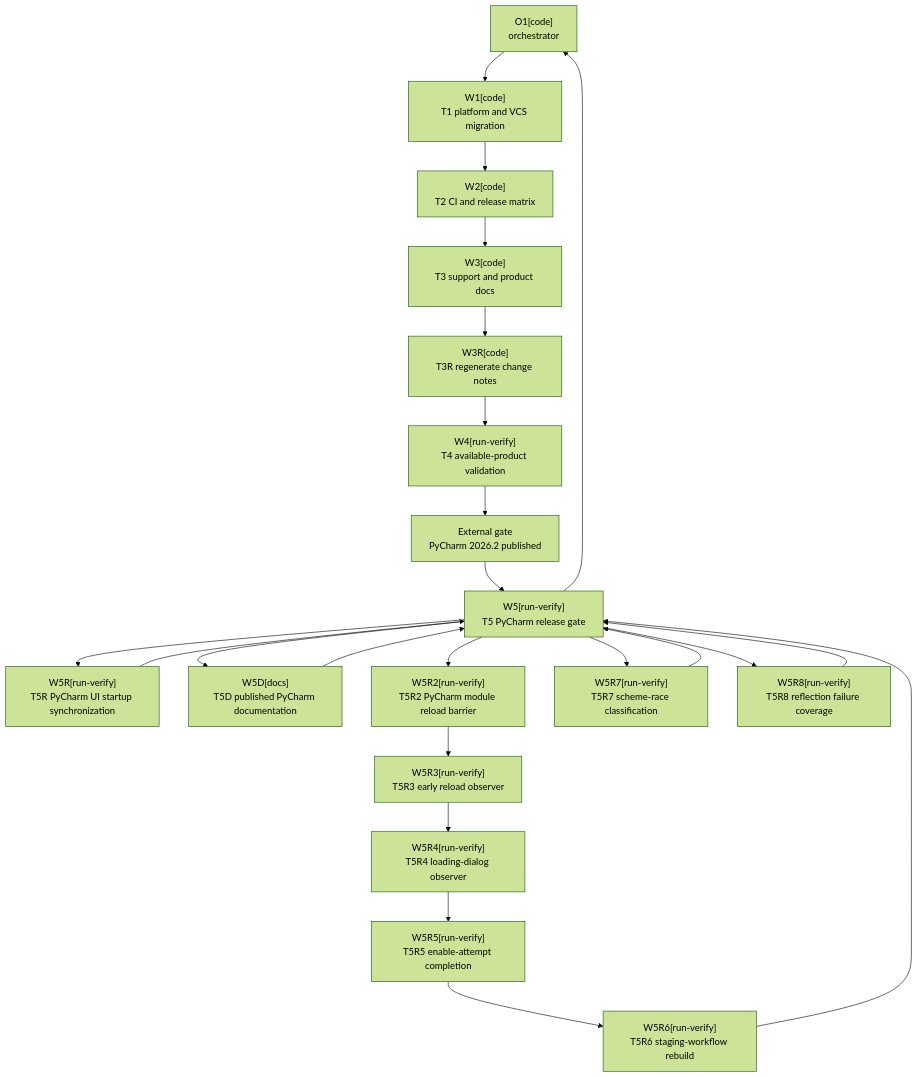
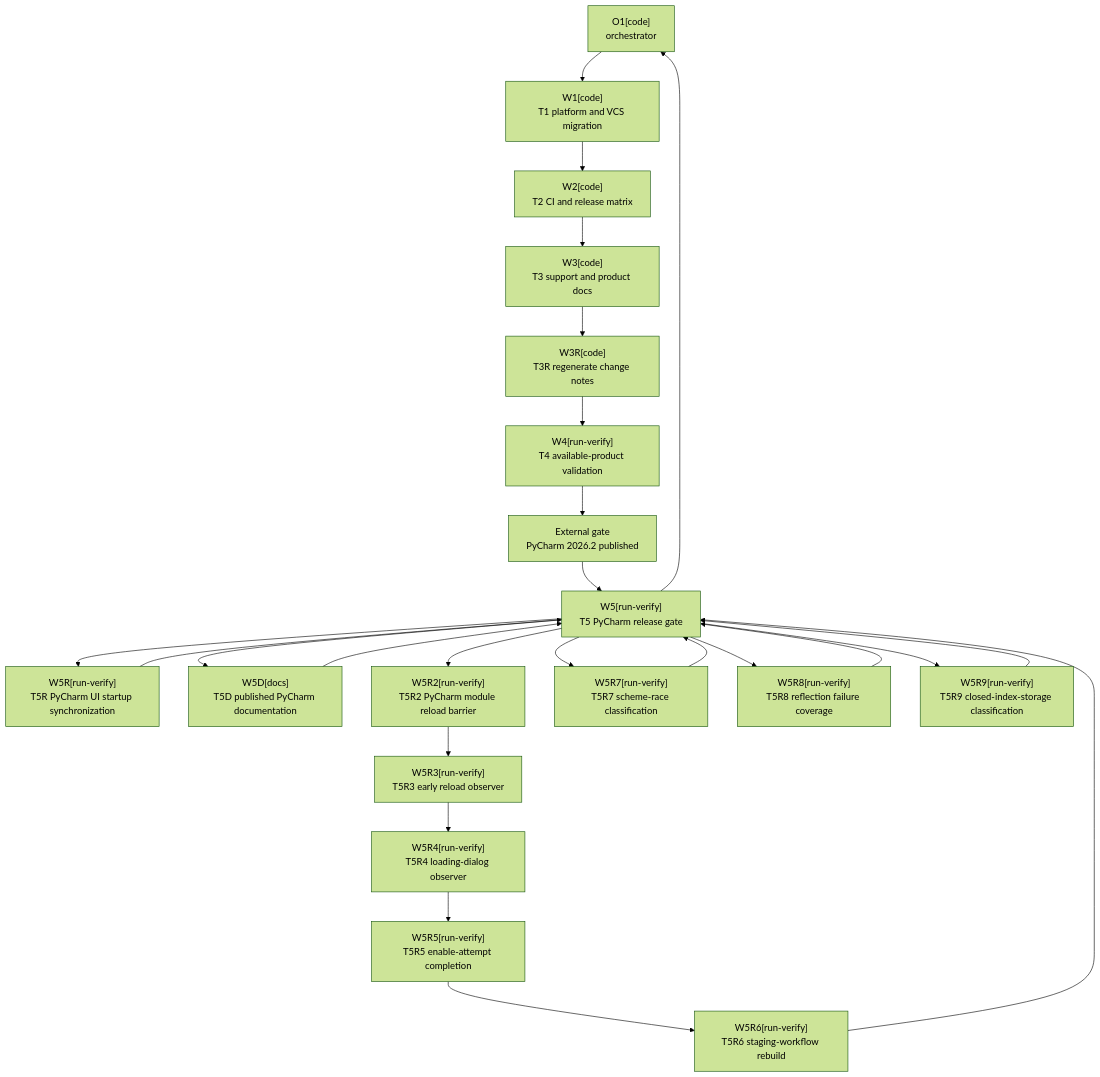
The diagram in .agents/plans/PLAN-intellij-2026-2-sdk-upgrade.md (kamkie/intellij-ai-commit-all-plugin), drawn with Mermaid (forest theme) before and after one commit. The commit also changed other lines of this file, not shown here.

First line of the commit message:
docs(plan): add closed-index remediation

````diff
--- a/.agents/plans/PLAN-intellij-2026-2-sdk-upgrade.md
+++ b/.agents/plans/PLAN-intellij-2026-2-sdk-upgrade.md
@@ -1142,21 +1213,22 @@
 ```mermaid
 flowchart TD
     O1["O1[code]<br/>orchestrator"]
     W1["W1[code]<br/>T1 platform and VCS migration"]
     W2["W2[code]<br/>T2 CI and release matrix"]
     W3["W3[code]<br/>T3 support and product docs"]
     W3R["W3R[code]<br/>T3R regenerate change notes"]
     W4["W4[run-verify]<br/>T4 available-product validation"]
     G1["External gate<br/>PyCharm 2026.2 published"]
     W5["W5[run-verify]<br/>T5 PyCharm release gate"]
     W5R["W5R[run-verify]<br/>T5R PyCharm UI startup synchronization"]
     W5D["W5D[docs]<br/>T5D published PyCharm documentation"]
     W5R2["W5R2[run-verify]<br/>T5R2 PyCharm module reload barrier"]
     W5R3["W5R3[run-verify]<br/>T5R3 early reload observer"]
     W5R4["W5R4[run-verify]<br/>T5R4 loading-dialog observer"]
     W5R5["W5R5[run-verify]<br/>T5R5 enable-attempt completion"]
     W5R6["W5R6[run-verify]<br/>T5R6 staging-workflow rebuild"]
     W5R7["W5R7[run-verify]<br/>T5R7 scheme-race classification"]
     W5R8["W5R8[run-verify]<br/>T5R8 reflection failure coverage"]
-    O1 --> W1 --> W2 --> W3 --> W3R --> W4 --> G1 --> W5 --> W5R --> W5 --> W5D --> W5 --> W5R2 --> W5R3 --> W5R4 --> W5R5 --> W5R6 --> W5 --> W5R7 --> W5 --> W5R8 --> W5 --> O1
+    W5R9["W5R9[run-verify]<br/>T5R9 closed-index-storage classification"]
+    O1 --> W1 --> W2 --> W3 --> W3R --> W4 --> G1 --> W5 --> W5R --> W5 --> W5D --> W5 --> W5R2 --> W5R3 --> W5R4 --> W5R5 --> W5R6 --> W5 --> W5R7 --> W5 --> W5R8 --> W5 --> W5R9 --> W5 --> O1
 ```
````
